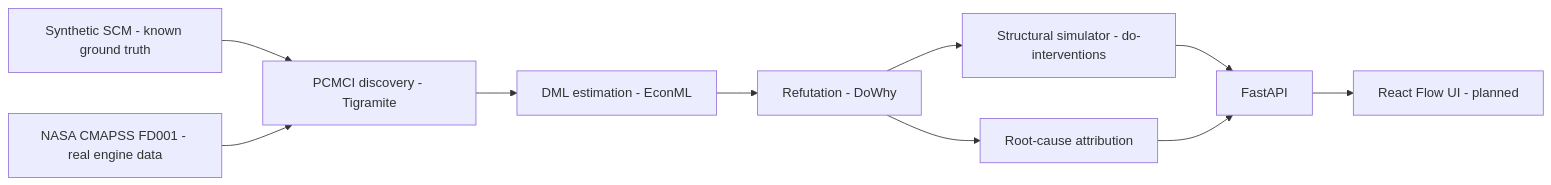
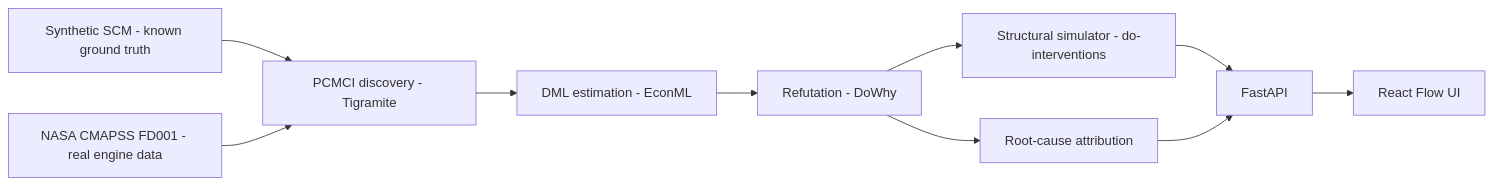
Before and after one commit to Anurag0018/causaltwin: the diagram in README.md, drawn with Mermaid. The commit also changed other lines of this file and 22 other files, not shown here.

Commit message:
Phase 6: Next.js + React Flow console — clean professional UI, live-wired to API

````diff
--- a/README.md
+++ b/README.md
@@ -43,12 +43,12 @@
 ```mermaid
 flowchart LR
     A[Synthetic SCM - known ground truth] --> C[PCMCI discovery - Tigramite]
     B[NASA CMAPSS FD001 - real engine data] --> C
     C --> D[DML estimation - EconML]
     D --> E[Refutation - DoWhy]
     E --> F[Structural simulator - do-interventions]
     E --> G[Root-cause attribution]
     F --> H[FastAPI]
     G --> H
-    H --> I[React Flow UI - planned]
+    H --> I[React Flow UI]
 ```
````
